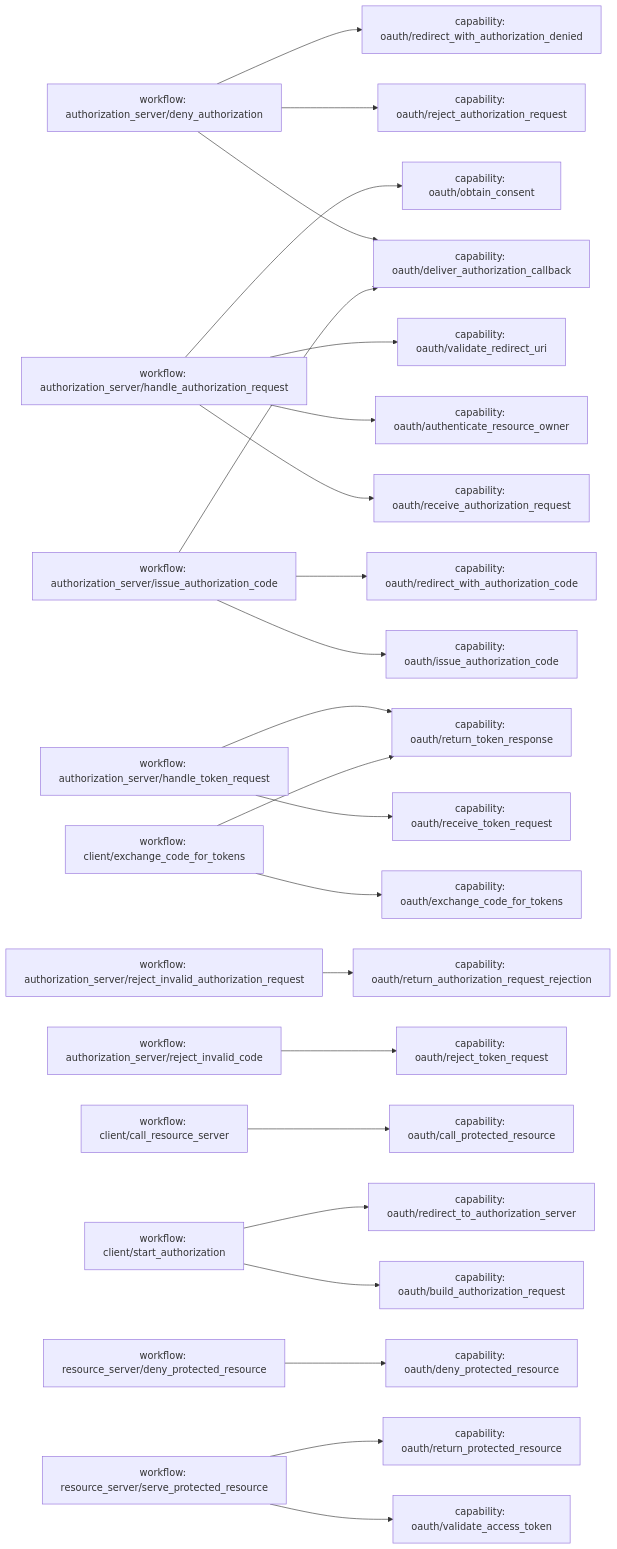
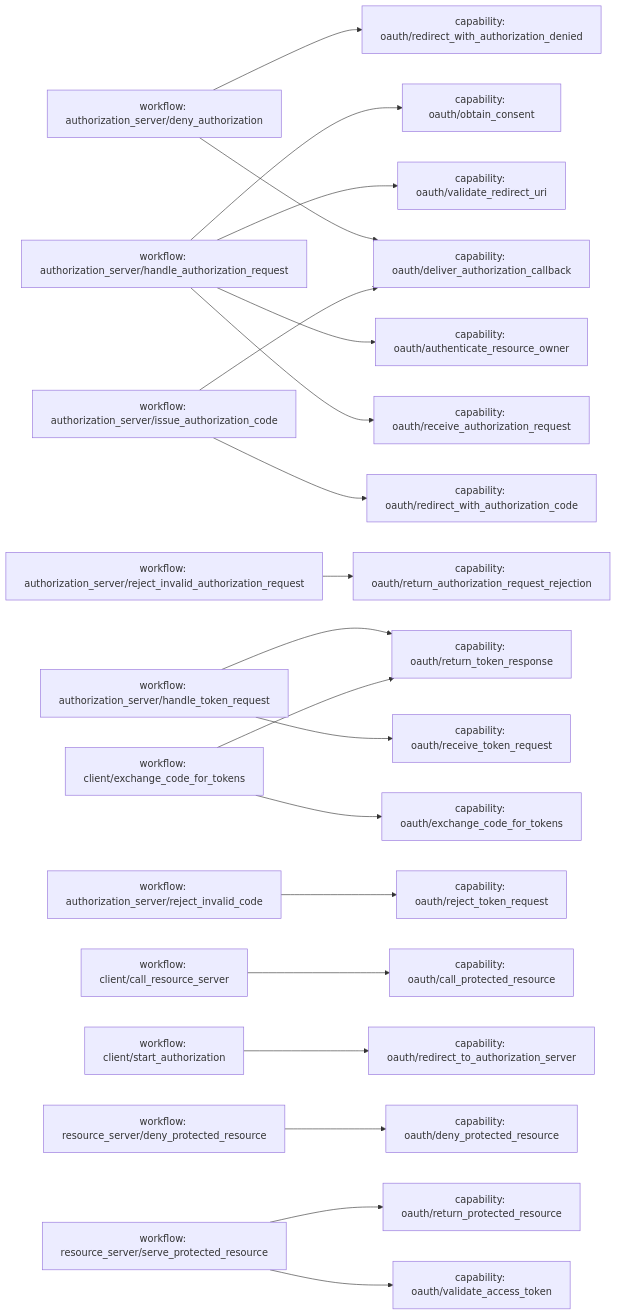
The diagram in examples/oauth-authorization-code/generated/mermaid/workflow-capabilities.mmd (BehavioML/specifications), drawn with Mermaid before and after one commit. The commit also changed 16 other files, not shown here.

```diff
--- a/examples/oauth-authorization-code/generated/mermaid/workflow-capabilities.mmd
+++ b/examples/oauth-authorization-code/generated/mermaid/workflow-capabilities.mmd
@@ -1,55 +1,49 @@
 flowchart LR
   W_authorization_server_deny_authorization["workflow: authorization_server/deny_authorization"]
-  C_oauth_reject_authorization_request["capability: oauth/reject_authorization_request"]
   C_oauth_redirect_with_authorization_denied["capability: oauth/redirect_with_authorization_denied"]
   C_oauth_deliver_authorization_callback["capability: oauth/deliver_authorization_callback"]
   W_authorization_server_handle_authorization_request["workflow: authorization_server/handle_authorization_request"]
   C_oauth_receive_authorization_request["capability: oauth/receive_authorization_request"]
   C_oauth_authenticate_resource_owner["capability: oauth/authenticate_resource_owner"]
   C_oauth_validate_redirect_uri["capability: oauth/validate_redirect_uri"]
   C_oauth_obtain_consent["capability: oauth/obtain_consent"]
   W_authorization_server_handle_token_request["workflow: authorization_server/handle_token_request"]
   C_oauth_receive_token_request["capability: oauth/receive_token_request"]
   C_oauth_return_token_response["capability: oauth/return_token_response"]
   W_authorization_server_issue_authorization_code["workflow: authorization_server/issue_authorization_code"]
-  C_oauth_issue_authorization_code["capability: oauth/issue_authorization_code"]
   C_oauth_redirect_with_authorization_code["capability: oauth/redirect_with_authorization_code"]
   W_authorization_server_reject_invalid_authorization_request["workflow: authorization_server/reject_invalid_authorization_request"]
   C_oauth_return_authorization_request_rejection["capability: oauth/return_authorization_request_rejection"]
   W_authorization_server_reject_invalid_code["workflow: authorization_server/reject_invalid_code"]
   C_oauth_reject_token_request["capability: oauth/reject_token_request"]
   W_client_call_resource_server["workflow: client/call_resource_server"]
   C_oauth_call_protected_resource["capability: oauth/call_protected_resource"]
   W_client_exchange_code_for_tokens["workflow: client/exchange_code_for_tokens"]
   C_oauth_exchange_code_for_tokens["capability: oauth/exchange_code_for_tokens"]
   W_client_start_authorization["workflow: client/start_authorization"]
-  C_oauth_build_authorization_request["capability: oauth/build_authorization_request"]
   C_oauth_redirect_to_authorization_server["capability: oauth/redirect_to_authorization_server"]
   W_resource_server_deny_protected_resource["workflow: resource_server/deny_protected_resource"]
   C_oauth_deny_protected_resource["capability: oauth/deny_protected_resource"]
   W_resource_server_serve_protected_resource["workflow: resource_server/serve_protected_resource"]
   C_oauth_validate_access_token["capability: oauth/validate_access_token"]
   C_oauth_return_protected_resource["capability: oauth/return_protected_resource"]
 
-  W_authorization_server_deny_authorization --> C_oauth_reject_authorization_request
   W_authorization_server_deny_authorization --> C_oauth_redirect_with_authorization_denied
   W_authorization_server_deny_authorization --> C_oauth_deliver_authorization_callback
   W_authorization_server_handle_authorization_request --> C_oauth_receive_authorization_request
   W_authorization_server_handle_authorization_request --> C_oauth_authenticate_resource_owner
   W_authorization_server_handle_authorization_request --> C_oauth_validate_redirect_uri
   W_authorization_server_handle_authorization_request --> C_oauth_obtain_consent
   W_authorization_server_handle_token_request --> C_oauth_receive_token_request
   W_authorization_server_handle_token_request --> C_oauth_return_token_response
-  W_authorization_server_issue_authorization_code --> C_oauth_issue_authorization_code
   W_authorization_server_issue_authorization_code --> C_oauth_redirect_with_authorization_code
   W_authorization_server_issue_authorization_code --> C_oauth_deliver_authorization_callback
   W_authorization_server_reject_invalid_authorization_request --> C_oauth_return_authorization_request_rejection
   W_authorization_server_reject_invalid_code --> C_oauth_reject_token_request
   W_client_call_resource_server --> C_oauth_call_protected_resource
   W_client_exchange_code_for_tokens --> C_oauth_exchange_code_for_tokens
   W_client_exchange_code_for_tokens --> C_oauth_return_token_response
-  W_client_start_authorization --> C_oauth_build_authorization_request
   W_client_start_authorization --> C_oauth_redirect_to_authorization_server
   W_resource_server_deny_protected_resource --> C_oauth_deny_protected_resource
   W_resource_server_serve_protected_resource --> C_oauth_validate_access_token
   W_resource_server_serve_protected_resource --> C_oauth_return_protected_resource
```
